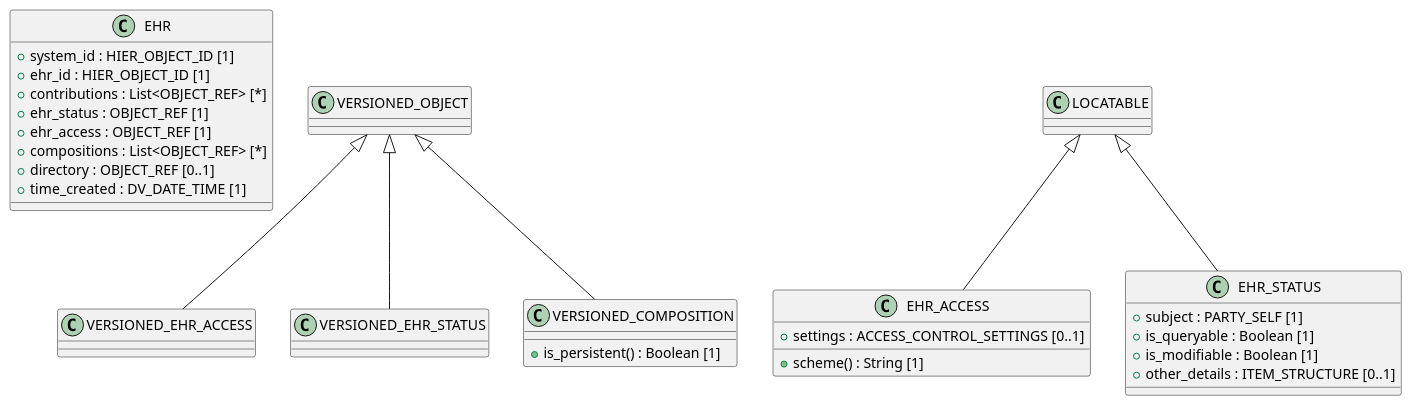
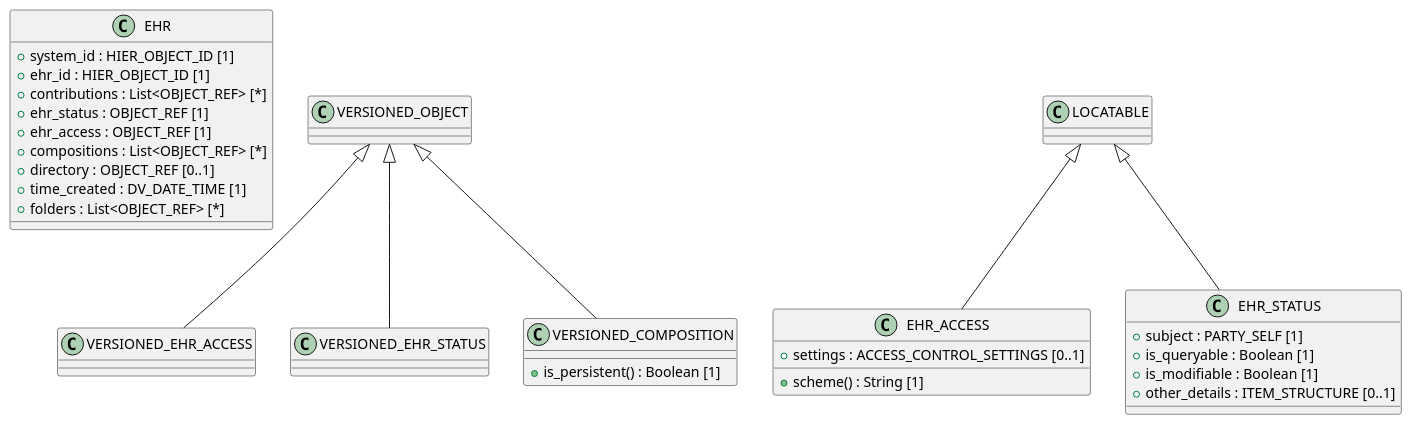
One commit to sebastian-iancu/code-generator changed the diagram in code/Adoc/openehr_rm_1.1.0/plantUML/packages/org.openehr.rm.ehr.adoc. Above: the diagram before and after it, drawn with PlantUML. The commit also changed 719 other files, not shown here.

```diff
--- a/code/Adoc/openehr_rm_1.1.0/plantUML/packages/org.openehr.rm.ehr.adoc
+++ b/code/Adoc/openehr_rm_1.1.0/plantUML/packages/org.openehr.rm.ehr.adoc
@@ -1,45 +1,46 @@
 [plantuml,org.openehr.rm.ehr,format=svg,svg-type="inline"]
 -----
 @startuml
 
 class EHR {
   + system_id : HIER_OBJECT_ID [1]
   + ehr_id : HIER_OBJECT_ID [1]
   + contributions : List<OBJECT_REF> [*]
   + ehr_status : OBJECT_REF [1]
   + ehr_access : OBJECT_REF [1]
   + compositions : List<OBJECT_REF> [*]
   + directory : OBJECT_REF [0..1]
   + time_created : DV_DATE_TIME [1]
+  + folders : List<OBJECT_REF> [*]
 }
 
 class VERSIONED_EHR_ACCESS {
 }
 
 class VERSIONED_EHR_STATUS {
 }
 
 class VERSIONED_COMPOSITION {
   + is_persistent() : Boolean [1]
 }
 
 class EHR_ACCESS {
   + settings : ACCESS_CONTROL_SETTINGS [0..1]
   + scheme() : String [1]
 }
 
 class EHR_STATUS {
   + subject : PARTY_SELF [1]
   + is_queryable : Boolean [1]
   + is_modifiable : Boolean [1]
   + other_details : ITEM_STRUCTURE [0..1]
 }
 
 VERSIONED_OBJECT <|-- VERSIONED_EHR_ACCESS
 VERSIONED_OBJECT <|-- VERSIONED_EHR_STATUS
 VERSIONED_OBJECT <|-- VERSIONED_COMPOSITION
 LOCATABLE <|-- EHR_ACCESS
 LOCATABLE <|-- EHR_STATUS
 
 @enduml
 -----
```
